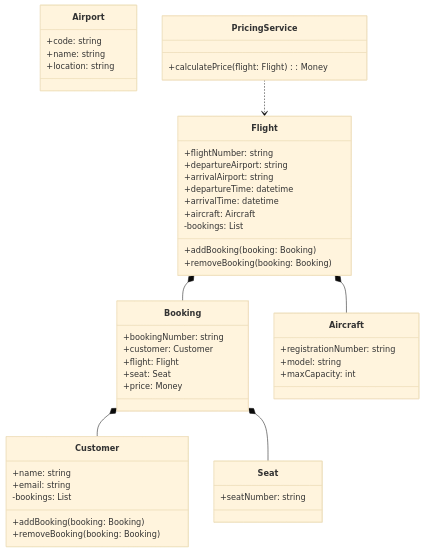
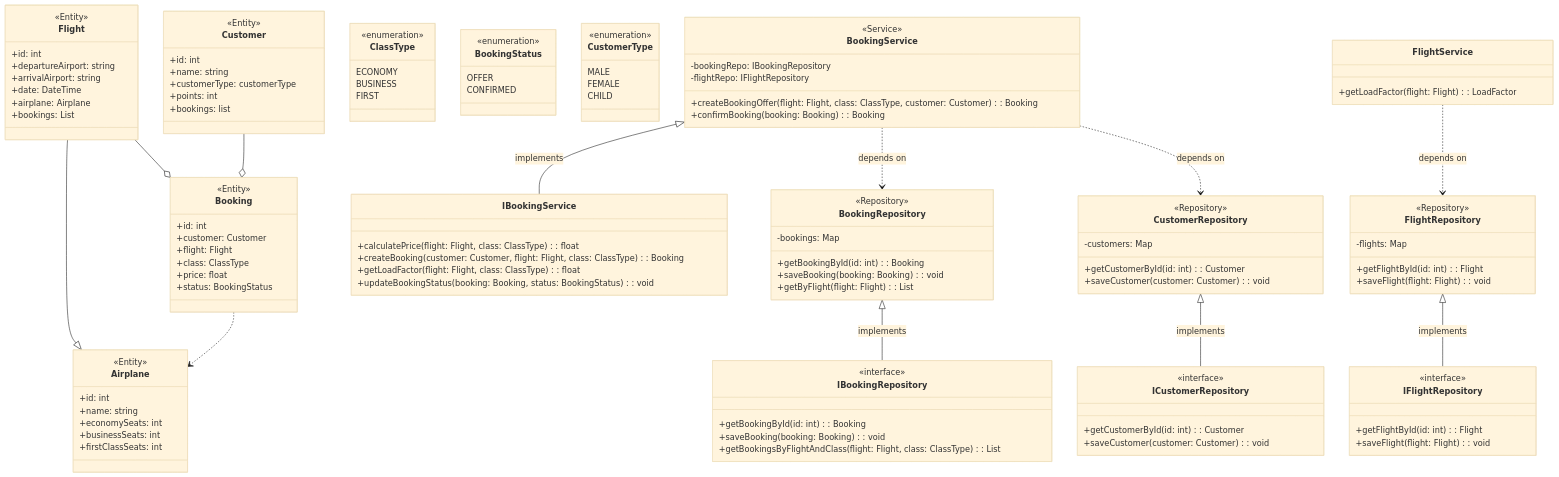
One commit to dsl94/AviatoDDD changed the diagram in AviatoDDD/DDDSkica.md. Above: the diagram before and after it, drawn with Mermaid (base theme). The commit also changed other lines of this file, not shown here.

````diff
--- a/AviatoDDD/DDDSkica.md
+++ b/AviatoDDD/DDDSkica.md
@@ -4,56 +17,136 @@
 ```mermaid
 classDiagram
-  class Flight {
-    +flightNumber: string
-    +departureAirport: string
-    +arrivalAirport: string
-    +departureTime: datetime
-    +arrivalTime: datetime
-    +aircraft: Aircraft
-    -bookings: List<Booking>
-    +addBooking(booking: Booking)
-    +removeBooking(booking: Booking)
-  }
+    Customer --o Booking
+    Flight --|> Airplane
+    Flight --o Booking
+    Booking ..> Airplane
+    
+    class ClassType {
+        <<enumeration>>
+        ECONOMY
+        BUSINESS
+        FIRST
+    }
+    
+    class BookingStatus {
+        <<enumeration>>
+        OFFER
+        CONFIRMED
+    }
 
-  class Booking {
-    +bookingNumber: string
-    +customer: Customer
-    +flight: Flight
-    +seat: Seat
-    +price: Money
-  }
+    class CustomerType {
+        <<enumeration>>
+        MALE
+        FEMALE
+        CHILD
+    }
+    
+    class ICustomerRepository {
+        <<interface>>
+        +getCustomerById(id: int): Customer
+        +saveCustomer(customer: Customer): void
+    }
+    
+    class IFlightRepository {
+        <<interface>>
+        +getFlightById(id: int): Flight
+        +saveFlight(flight: Flight): void
+    }
+    
+    class IBookingRepository {
+        <<interface>>
+        +getBookingById(id: int): Booking
+        +saveBooking(booking: Booking): void
+        +getBookingsByFlightAndClass(flight: Flight, class: ClassType): List<Booking>
+    }
+    
+    class IBookingService {
+        +calculatePrice(flight: Flight, class: ClassType): float
+        +createBooking(customer: Customer, flight: Flight, class: ClassType): Booking
+        +getLoadFactor(flight: Flight, class: ClassType): float
+        +updateBookingStatus(booking: Booking, status: BookingStatus): void
+    }
+    
+    class Customer {
+        <<Entity>>
+        +id: int
+        +name: string
+        +customerType: customerType
+        +points: int
+        +bookings: list<Booking>
+    }
+    
+    class Flight {
+        <<Entity>>
+        +id: int
+        +departureAirport: string
+        +arrivalAirport: string
+        +date: DateTime
+        +airplane: Airplane
+        +bookings: List<Booking>
+    }
+    
+    class Airplane {
+        <<Entity>>
+        +id: int
+        +name: string
+        +economySeats: int
+        +businessSeats: int
+        +firstClassSeats: int
+    }
+    
+    class Booking {
+        <<Entity>>
+        +id: int
+        +customer: Customer
+        +flight: Flight
+        +class: ClassType
+        +price: float
+        +status: BookingStatus
+    }
+    
+    class BookingService {
+        <<Service>>
+        -bookingRepo: IBookingRepository
+        -flightRepo: IFlightRepository
+        +createBookingOffer(flight: Flight, class: ClassType, customer: Customer): Booking
+        +confirmBooking(booking: Booking): Booking
+    }
+    
+    class CustomerRepository {
+        <<Repository>>
+        -customers: Map<int, Customer>
+        +getCustomerById(id: int): Customer
+        +saveCustomer(customer: Customer): void
+    }
+    
+    class FlightRepository {
+        <<Repository>>
+        -flights: Map<int, Flight>
+        +getFlightById(id: int): Flight
+        +saveFlight(flight: Flight): void
+    }
+    
+    class BookingRepository {
+        <<Repository>>
+        -bookings: Map<int, Booking>
+        +getBookingById(id: int): Booking
+        +saveBooking(booking: Booking): void
+        +getByFlight(flight: Flight): List<Booking>
+    }
 
-  class Customer {
-    +name: string
-    +email: string
-    -bookings: List<Booking>
-    +addBooking(booking: Booking)
-    +removeBooking(booking: Booking)
-  }
+    class FlightService {
+        +getLoadFactor(flight: Flight): LoadFactor
+    }
+    
+    CustomerRepository <|-- ICustomerRepository : implements
+    FlightRepository <|-- IFlightRepository : implements
+    BookingRepository <|-- IBookingRepository : implements
+    
+    BookingService <|-- IBookingService : implements
+    BookingService ..> BookingRepository : depends on
+    BookingService ..> CustomerRepository : depends on
 
-  class Seat {
-    +seatNumber: string
-  }
+    FlightService ..> FlightRepository : depends on
 
-  class Aircraft {
-    +registrationNumber: string
-    +model: string
-    +maxCapacity: int
-  }
-
-  class Airport {
-    +code: string
-    +name: string
-    +location: string
-  }
-
-  class PricingService {
-    +calculatePrice(flight: Flight): Money
-  }
-
-  Flight *-- Aircraft
-  Flight *-- Booking
-  Booking *-- Customer
-  Booking *-- Seat
-  PricingService ..> Flight
 ```
````
